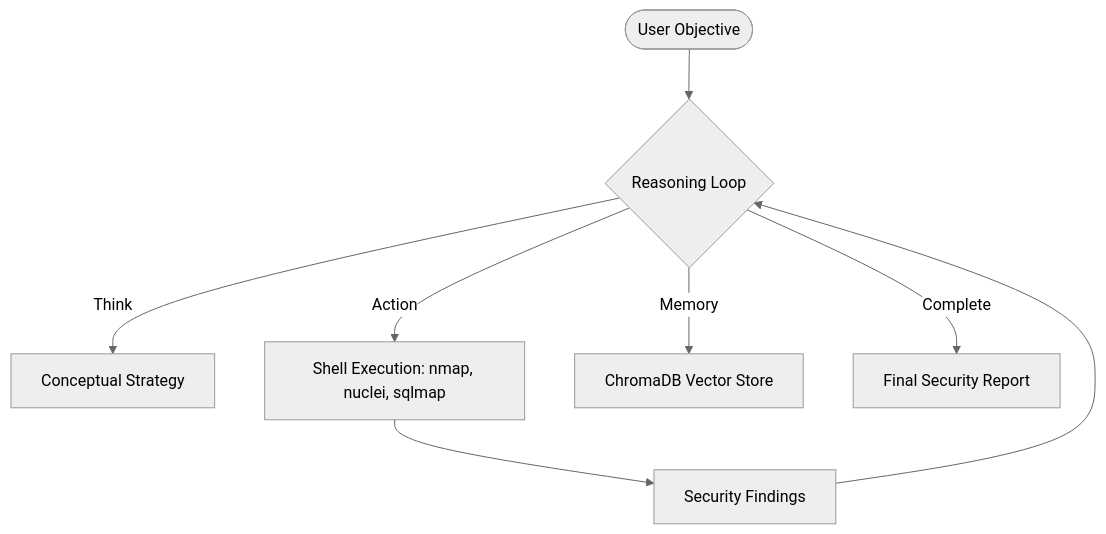
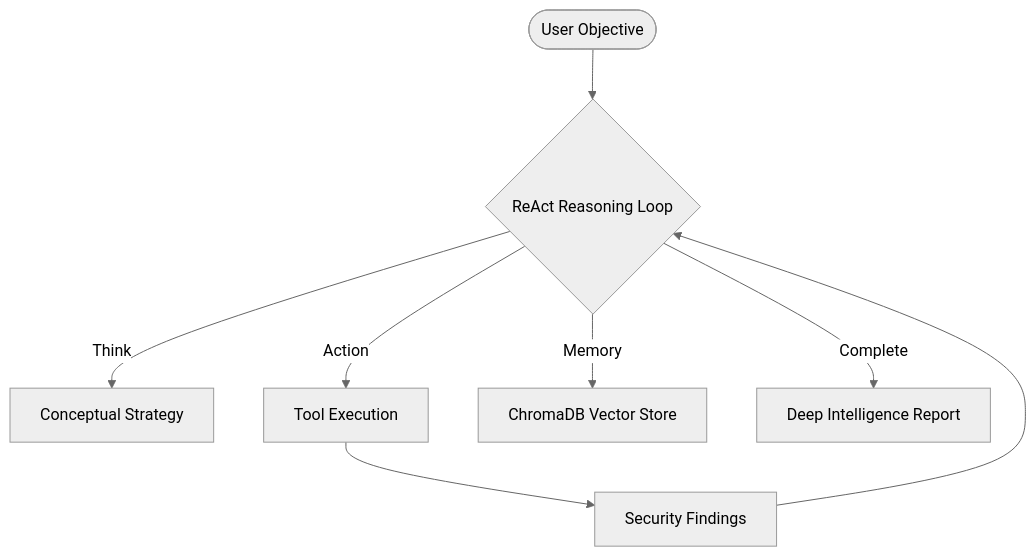
Before and after one commit to malrobust/SMAUG: the diagram in README.md, drawn with Mermaid (neutral theme). The commit also changed other lines of this file, not shown here.

````diff
--- a/README.md
+++ b/README.md
@@ -23,10 +23,10 @@
 ```mermaid
 graph TD
-    User([User Objective]) --> Loop{Reasoning Loop}
+    User([User Objective]) --> Loop{ReAct Reasoning Loop}
     Loop --> |Think| Thought[Conceptual Strategy]
-    Loop --> |Action| Tool[Shell Execution: nmap, nuclei, sqlmap]
+    Loop --> |Action| Tool[Tool Execution]
     Loop --> |Memory| Mem[ChromaDB Vector Store]
     Tool --> Observation[Security Findings]
     Observation --> Loop
-    Loop --> |Complete| Final[Final Security Report]
+    Loop --> |Complete| Final[Deep Intelligence Report]
 ```
````
